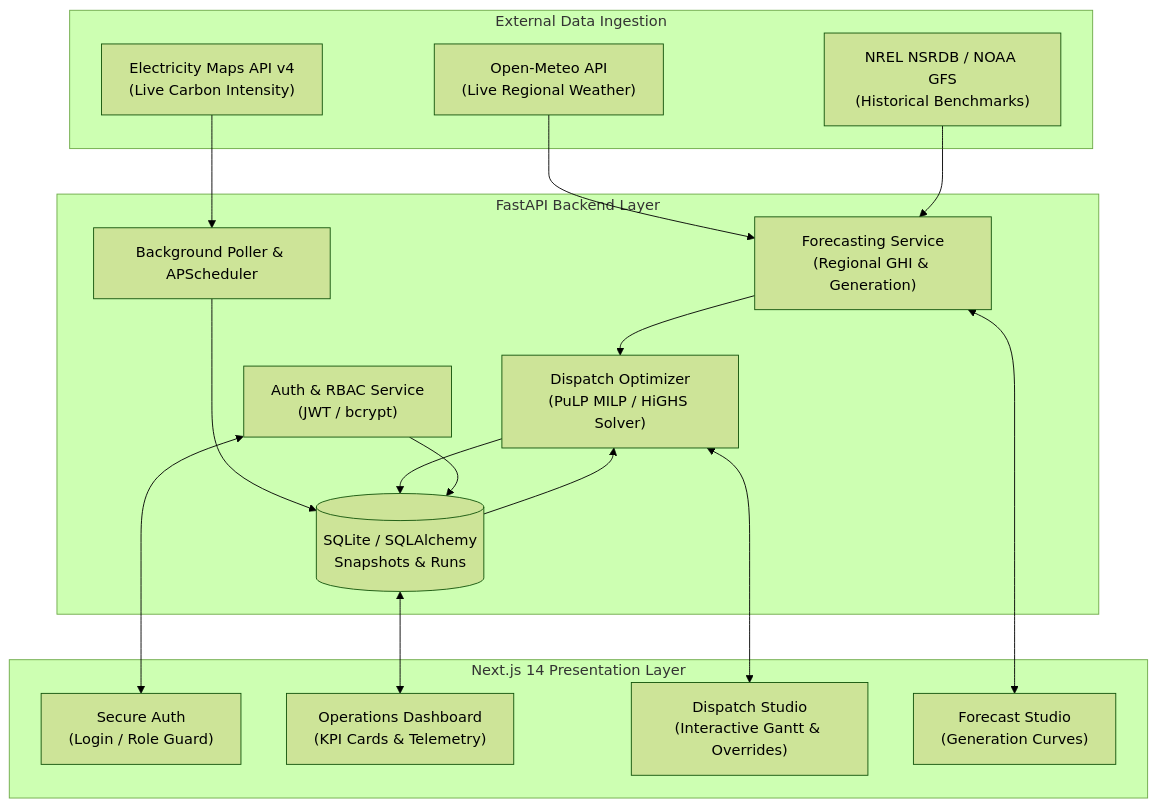
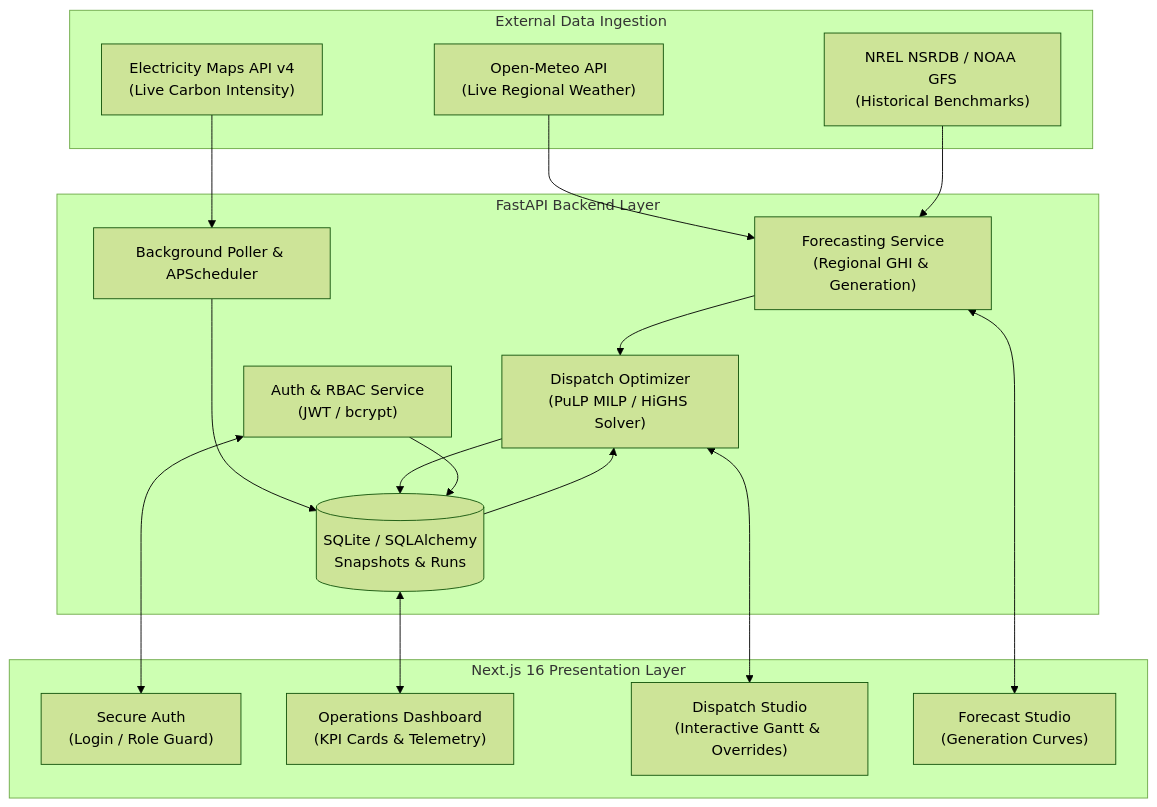
One commit to AshrafAbid078/CloudCamp_Hackathon changed the diagram in README.md. Above: the diagram before and after it, drawn with Mermaid (forest theme). The commit also changed other lines of this file and 71 other files, not shown here.

````diff
--- a/README.md
+++ b/README.md
@@ -89,37 +79,37 @@
 ```mermaid
 flowchart TD
     subgraph DataSources["External Data Ingestion"]
         OM["Open-Meteo API<br/>(Live Regional Weather)"]
         EM["Electricity Maps API v4<br/>(Live Carbon Intensity)"]
         NSRDB["NREL NSRDB / NOAA GFS<br/>(Historical Benchmarks)"]
     end
 
     subgraph Backend["FastAPI Backend Layer"]
         Poller["Background Poller & APScheduler"]
         ForecastEngine["Forecasting Service<br/>(Regional GHI & Generation)"]
         SolverEngine["Dispatch Optimizer<br/>(PuLP MILP / HiGHS Solver)"]
         AuthService["Auth & RBAC Service<br/>(JWT / bcrypt)"]
         DB[(SQLite / SQLAlchemy<br/>Snapshots & Runs)]
     end
 
-    subgraph Frontend["Next.js 14 Presentation Layer"]
+    subgraph Frontend["Next.js 16 Presentation Layer"]
         AuthUI["Secure Auth<br/>(Login / Role Guard)"]
         DashboardUI["Operations Dashboard<br/>(KPI Cards & Telemetry)"]
         DispatchUI["Dispatch Studio<br/>(Interactive Gantt & Overrides)"]
         ForecastUI["Forecast Studio<br/>(Generation Curves)"]
     end
 
     OM --> ForecastEngine
     EM --> Poller
     Poller --> DB
     NSRDB --> ForecastEngine
     ForecastEngine --> SolverEngine
     DB --> SolverEngine
     SolverEngine --> DB
     AuthService --> DB
 
     AuthService <--> AuthUI
     ForecastEngine <--> ForecastUI
     SolverEngine <--> DispatchUI
     DB <--> DashboardUI
 ```
````
